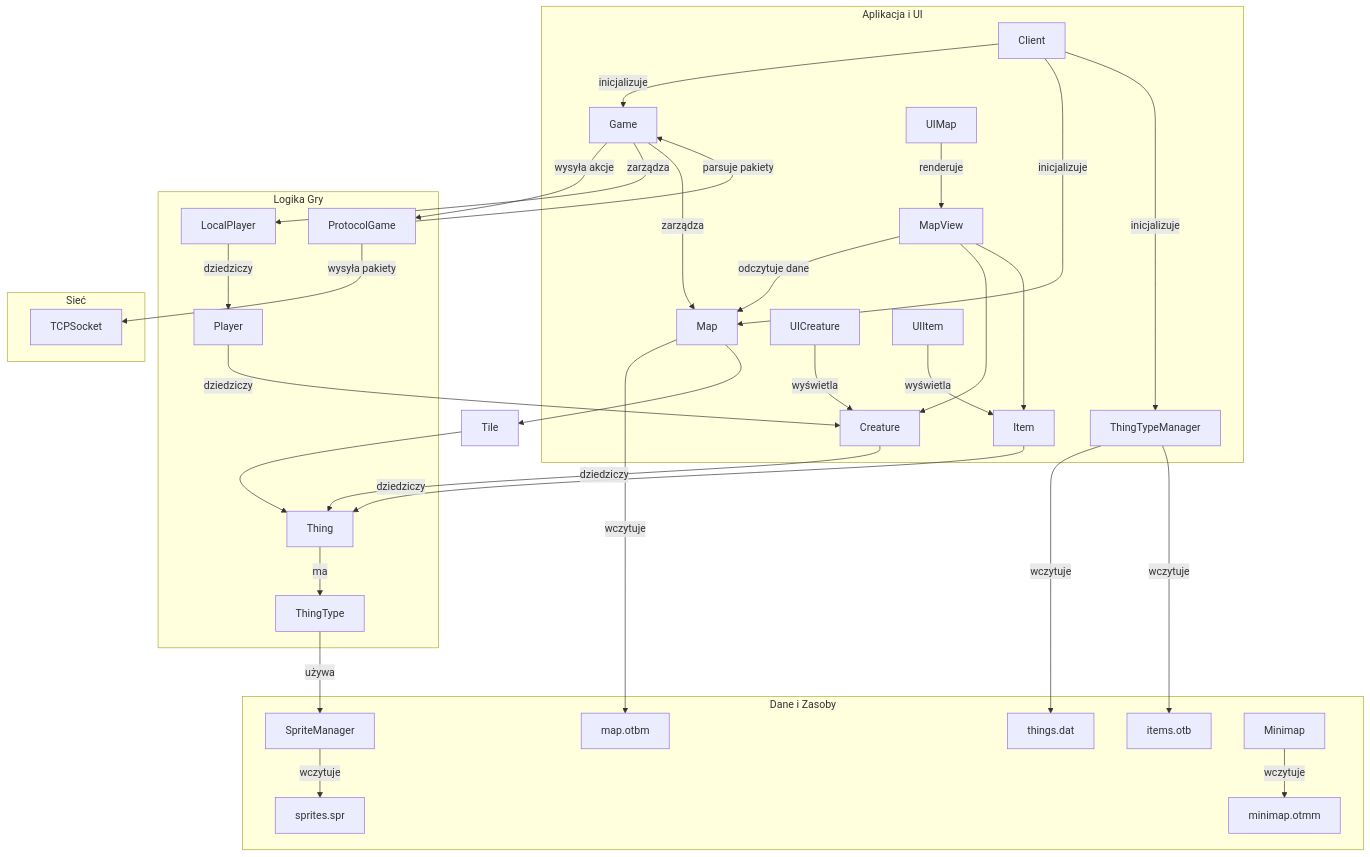
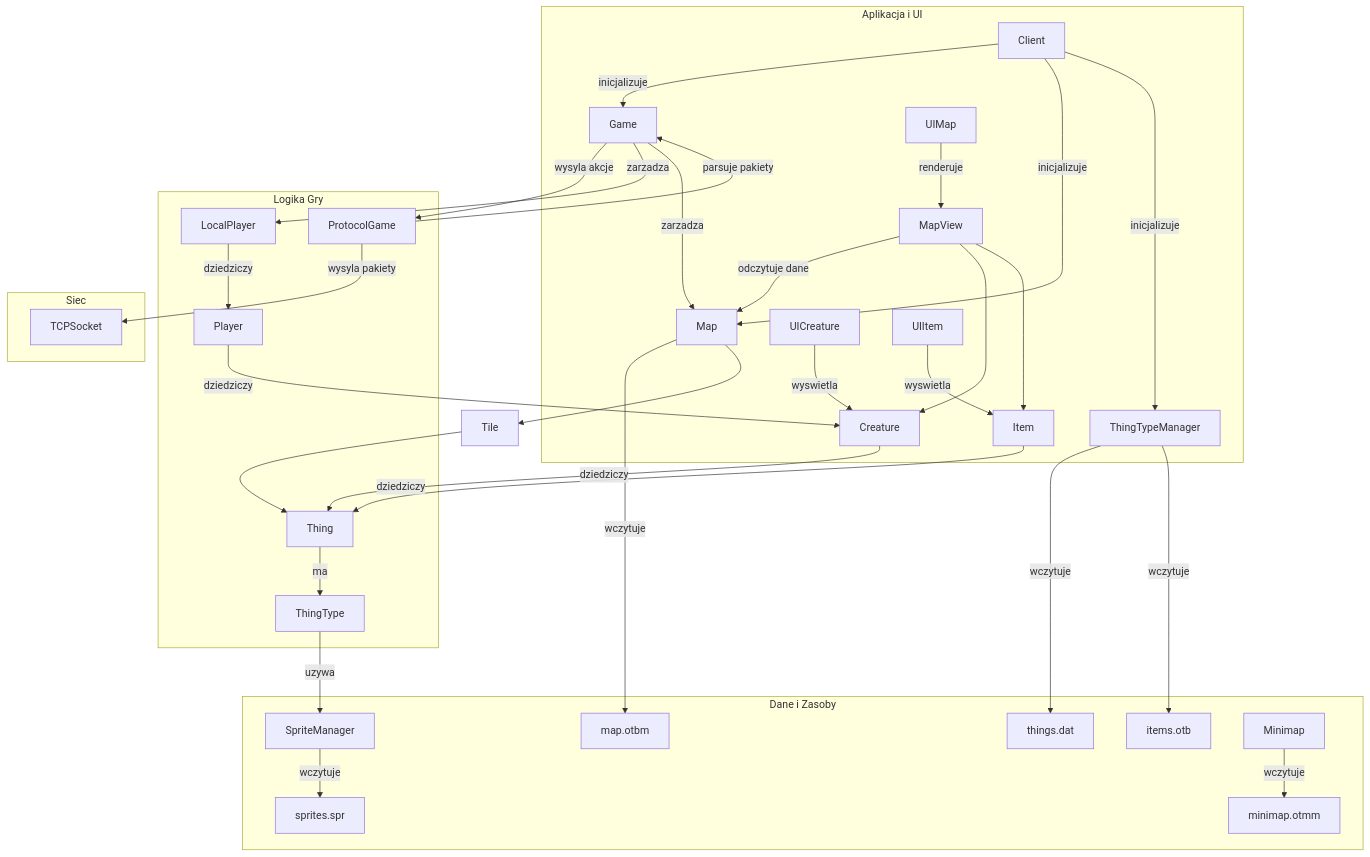
One commit to lukaszj321/otcv8-dev changed the diagram in docs/architektura/src_client.md. Above: the diagram before and after it, drawn with Mermaid. The commit also changed other lines of this file and 125 other files, not shown here.

````diff
--- a/docs/architektura/src_client.md
+++ b/docs/architektura/src_client.md
@@ -2581,42 +2581,42 @@
 ```mermaid
 graph TD
     subgraph "Aplikacja i UI"
         Client[Client] -->|inicjalizuje| Game
         Client -->|inicjalizuje| Map
         Client -->|inicjalizuje| ThingTypeManager
         UIMap[UIMap] -->|renderuje| MapView
         MapView -->|odczytuje dane| Map
-        UICreature[UICreature] -->|wyświetla| Creature
-        UIItem[UIItem] -->|wyświetla| Item
+        UICreature[UICreature] -->|wyswietla| Creature
+        UIItem[UIItem] -->|wyswietla| Item
     end
 
     subgraph "Logika Gry"
-        Game[Game] -->|wysyła akcje| ProtocolGame
-        Game -->|zarządza| LocalPlayer
-        Game -->|zarządza| Map
+        Game[Game] -->|wysyla akcje| ProtocolGame
+        Game -->|zarzadza| LocalPlayer
+        Game -->|zarzadza| Map
         LocalPlayer[LocalPlayer] -->|dziedziczy| Player
         Player -->|dziedziczy| Creature
         Creature -->|dziedziczy| Thing
         Item -->|dziedziczy| Thing
         Thing -->|ma| ThingType
     end
 
-    subgraph "Sieć"
+    subgraph "Siec"
         ProtocolGame[ProtocolGame] -->|parsuje pakiety| Game
-        ProtocolGame -->|wysyła pakiety| TCPSocket
+        ProtocolGame -->|wysyla pakiety| TCPSocket
     end
 
     subgraph "Dane i Zasoby"
         ThingTypeManager[ThingTypeManager] -->|wczytuje| DAT["things.dat"]
         ThingTypeManager -->|wczytuje| OTB["items.otb"]
         SpriteManager[SpriteManager] -->|wczytuje| SPR["sprites.spr"]
         Map -->|wczytuje| OTBM["map.otbm"]
         Minimap -->|wczytuje| OTMM["minimap.otmm"]
-        ThingType -->|używa| SpriteManager
+        ThingType -->|uzywa| SpriteManager
     end
 
     MapView --> Creature
     MapView --> Item
     Map --> Tile
     Tile --> Thing
 ```
````
